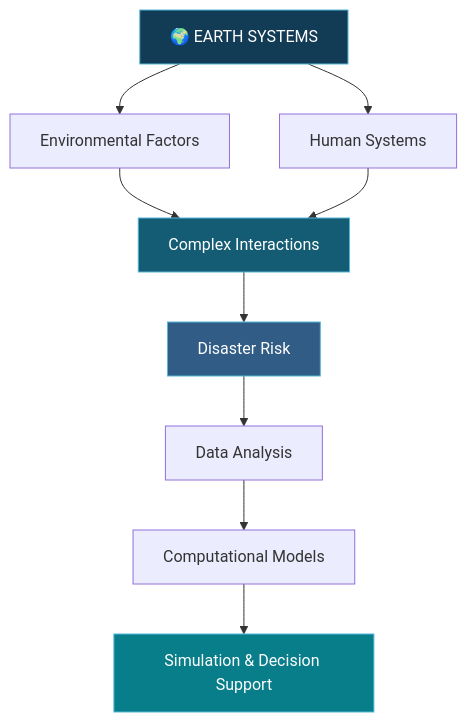
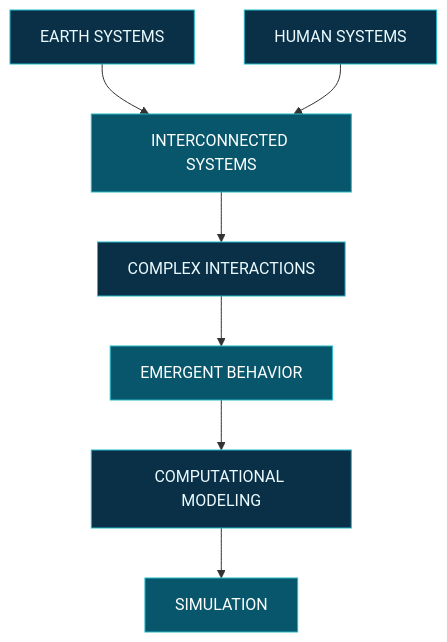
One commit to alaamd-1000/alaamd-1000 changed the diagram in README.md. Above: the diagram before and after it, drawn with Mermaid. The commit also changed other lines of this file, not shown here.

````diff
--- a/README.md
+++ b/README.md
@@ -79,16 +126,17 @@
 ```mermaid
-flowchart TD
-    A["🌍 EARTH SYSTEMS"] --> B["Environmental Factors"]
-    A --> C["Human Systems"]
-    B --> D["Complex Interactions"]
-    C --> D
-    D --> E["Disaster Risk"]
-    E --> F["Data Analysis"]
-    F --> G["Computational Models"]
-    G --> H["Simulation & Decision Support"]
+graph TD
+    A["EARTH SYSTEMS"] --> C["INTERCONNECTED SYSTEMS"]
+    B["HUMAN SYSTEMS"] --> C
+    C --> D["COMPLEX INTERACTIONS"]
+    D --> E["EMERGENT BEHAVIOR"]
+    E --> F["COMPUTATIONAL MODELING"]
+    F --> G["SIMULATION"]
 
-    style A fill:#123B56,color:#fff,stroke:#55B8D9
-    style D fill:#145C73,color:#fff,stroke:#55B8D9
-    style E fill:#315C85,color:#fff,stroke:#55B8D9
-    style H fill:#087E8B,color:#fff,stroke:#55B8D9
+    style A fill:#0A3047,color:#EAFBFF,stroke:#25B9C8
+    style B fill:#0A3047,color:#EAFBFF,stroke:#25B9C8
+    style C fill:#07566B,color:#FFFFFF,stroke:#25B9C8
+    style D fill:#0A3047,color:#EAFBFF,stroke:#25B9C8
+    style E fill:#07566B,color:#FFFFFF,stroke:#25B9C8
+    style F fill:#0A3047,color:#EAFBFF,stroke:#25B9C8
+    style G fill:#07566B,color:#FFFFFF,stroke:#25B9C8
 ```
````
